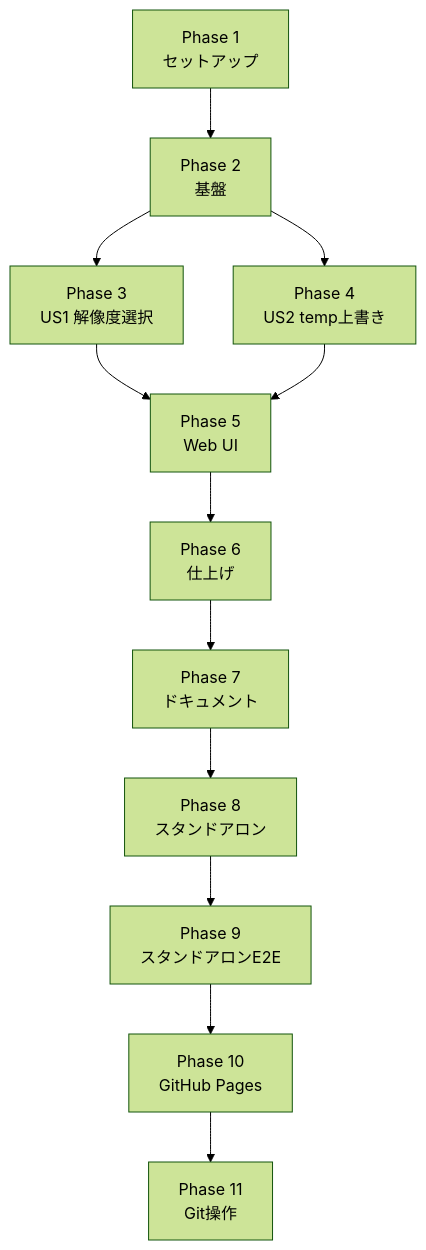
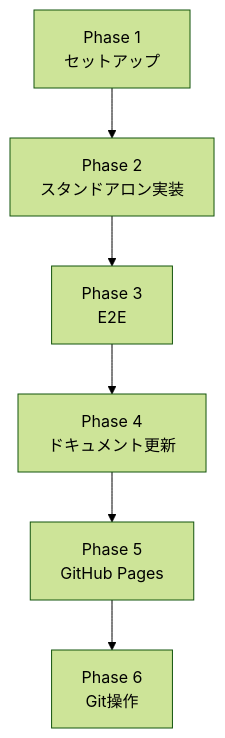
Before and after one commit to J1921604/Slide-Voice-Maker_standalone: the second of 2 diagrams in specs/001-Slide-Voice-Maker/tasks.md, drawn with Mermaid (forest theme). The commit also changed other lines of this file and 29 other files, not shown here.

````diff
--- a/specs/001-Slide-Voice-Maker/tasks.md
+++ b/specs/001-Slide-Voice-Maker/tasks.md
@@ -213,14 +126,8 @@
 ```mermaid
 flowchart TD
-    P1[Phase 1<br>セットアップ] --> P2[Phase 2<br>基盤]
-    P2 --> P3[Phase 3<br>US1 解像度選択]
-    P2 --> P4[Phase 4<br>US2 temp上書き]
-    P3 --> P5[Phase 5<br>Web UI]
-    P4 --> P5
-    P5 --> P6[Phase 6<br>仕上げ]
-    P6 --> P7[Phase 7<br>ドキュメント]
-    P7 --> P8[Phase 8<br>スタンドアロン]
-    P8 --> P9[Phase 9<br>スタンドアロンE2E]
-    P9 --> P10[Phase 10<br>GitHub Pages]
-    P10 --> P11[Phase 11<br>Git操作]
+    P1[Phase 1<br>セットアップ] --> P2[Phase 2<br>スタンドアロン実装]
+    P2 --> P3[Phase 3<br>E2E]
+    P3 --> P4[Phase 4<br>ドキュメント更新]
+    P4 --> P5[Phase 5<br>GitHub Pages]
+    P5 --> P6[Phase 6<br>Git操作]
 ```
````
